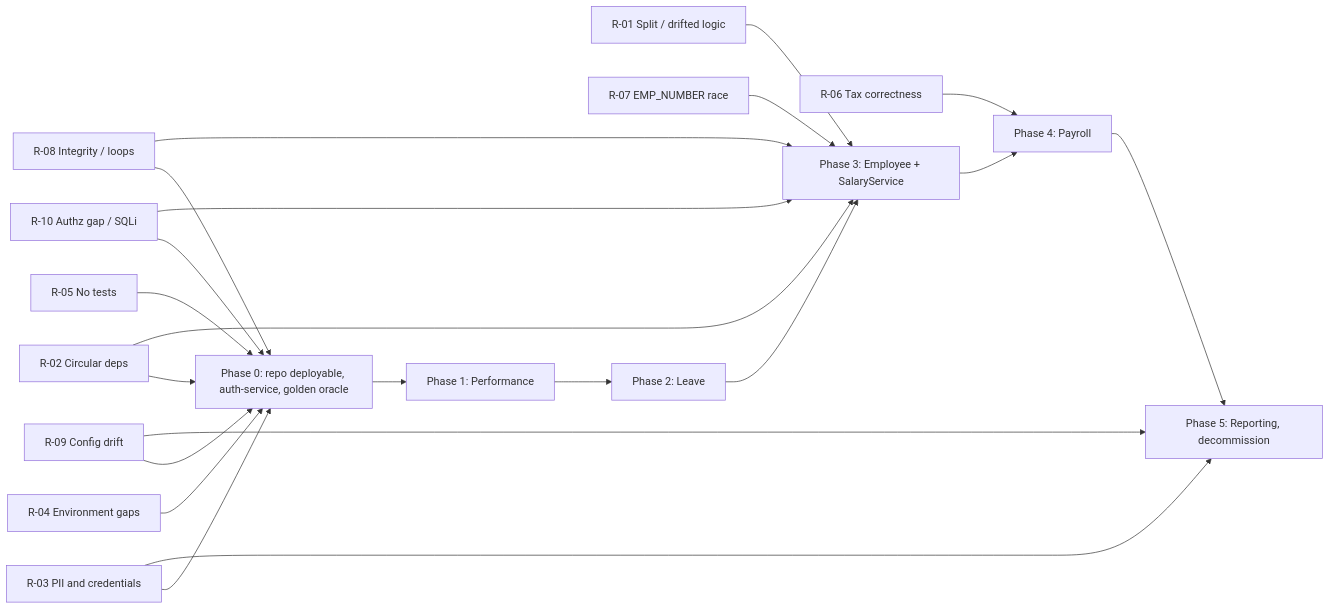
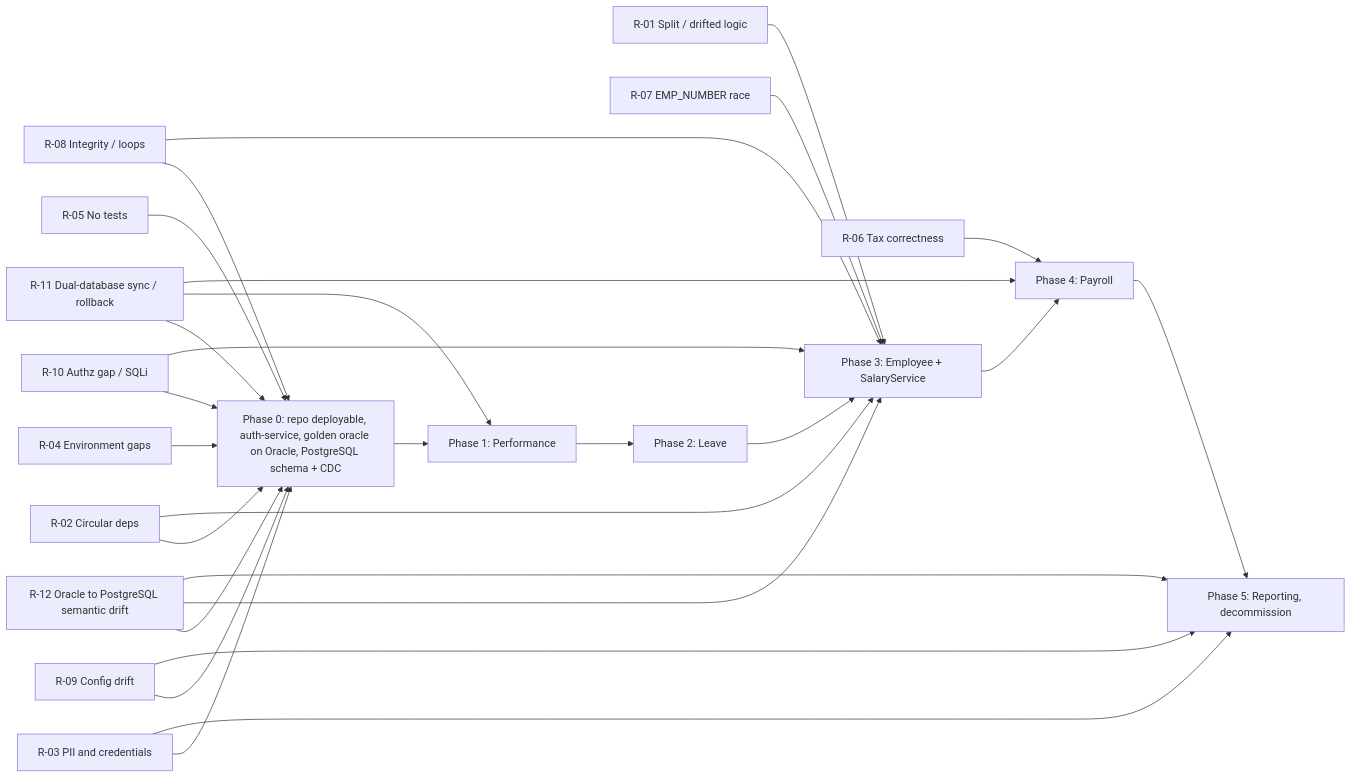
Before and after one commit to codev-workshops/ts-plsql-oracle-forms-hrms: the diagram in RISK_REGISTER.md, drawn with Mermaid. The commit also changed other lines of this file and 6 other files, not shown here.

First line of the commit message:
docs: PostgreSQL target, pure-Java rewrite, legacy PL/SQL as Oracle-only golden oracle

````diff
--- a/RISK_REGISTER.md
+++ b/RISK_REGISTER.md
@@ -40,38 +42,46 @@
 ```mermaid
 graph LR
   R01["R-01 Split / drifted logic"]
   R02["R-02 Circular deps"]
   R03["R-03 PII and credentials"]
   R04["R-04 Environment gaps"]
   R05["R-05 No tests"]
   R06["R-06 Tax correctness"]
   R07["R-07 EMP_NUMBER race"]
   R08["R-08 Integrity / loops"]
   R09["R-09 Config drift"]
   R10["R-10 Authz gap / SQLi"]
+  R11["R-11 Dual-database sync / rollback"]
+  R12["R-12 Oracle to PostgreSQL semantic drift"]
 
-  P0["Phase 0: repo deployable, auth-service, golden oracle"]
+  P0["Phase 0: repo deployable, auth-service, golden oracle on Oracle, PostgreSQL schema + CDC"]
   P1["Phase 1: Performance"]
   P2["Phase 2: Leave"]
   P3["Phase 3: Employee + SalaryService"]
   P4["Phase 4: Payroll"]
   P5["Phase 5: Reporting, decommission"]
 
   R04 --> P0
   R05 --> P0
   R03 --> P0
   R10 --> P0
   R09 --> P0
   R02 --> P0
   R08 --> P0
   R02 --> P3
   R01 --> P3
   R07 --> P3
   R08 --> P3
   R10 --> P3
   R06 --> P4
   R03 --> P5
   R09 --> P5
+  R11 --> P0
+  R12 --> P0
+  R11 --> P1
+  R11 --> P4
+  R12 --> P3
+  R12 --> P5
 
   P0 --> P1 --> P2 --> P3 --> P4 --> P5
 ```
````
